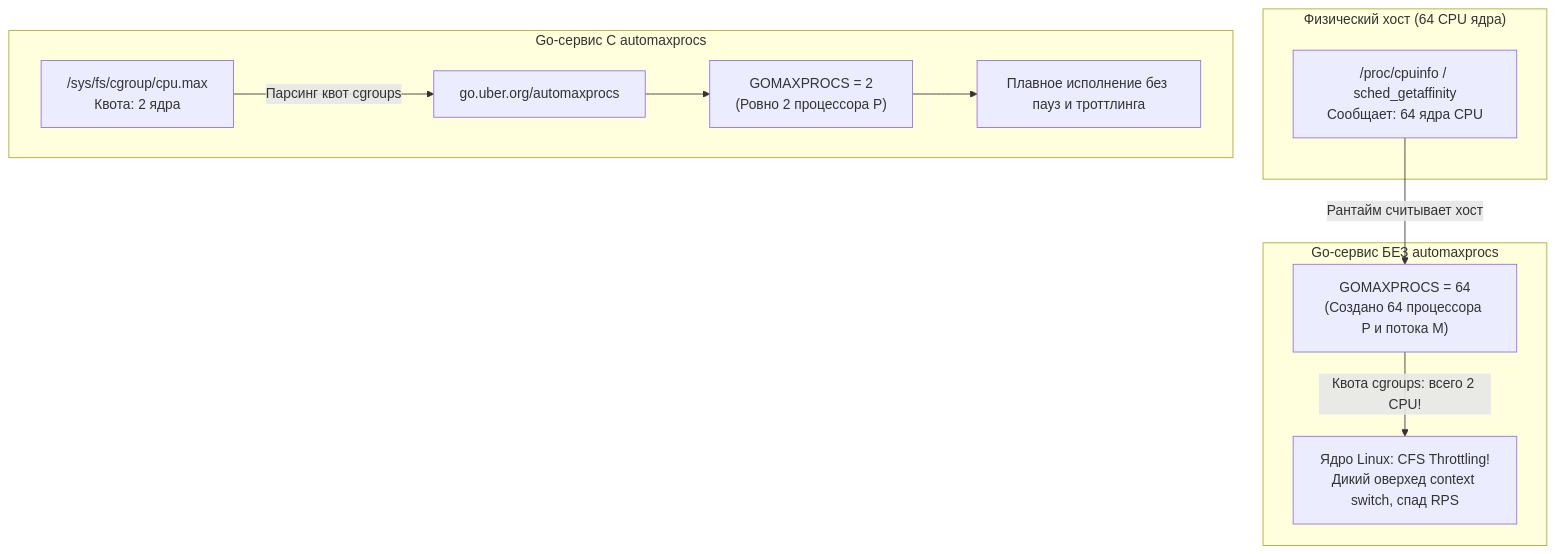
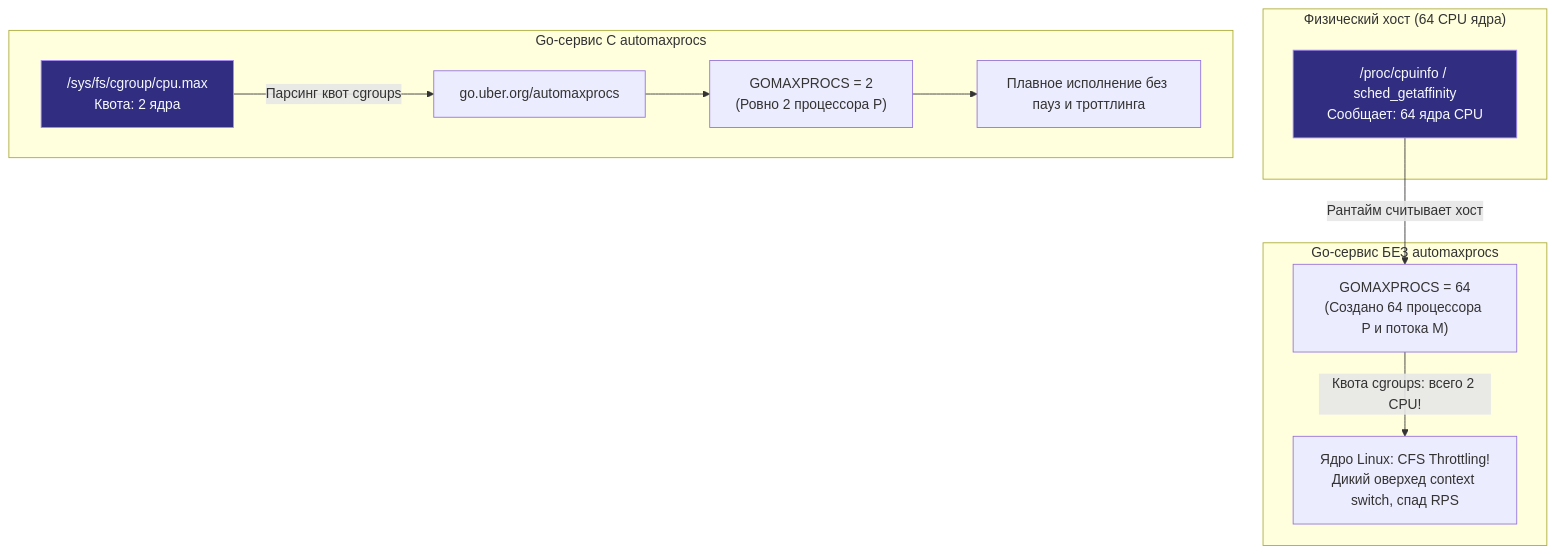
The third of 3 diagrams in sources/14. Распределенные системы на Go/07. Kubernetes и деплой/1. Контейнеризация и Docker.md (UnrealTemplier/go-textbook), drawn with Mermaid before and after one commit. The commit also changed other lines of this file and 1666 other files, not shown here.

First line of the commit message:
feat(mermaid): add semantic color classDef to 1369 colorless flowchart/graph diagrams

````diff
--- a/sources/14. Распределенные системы на Go/07. Kubernetes и деплой/1. Контейнеризация и Docker.md
+++ b/sources/14. Распределенные системы на Go/07. Kubernetes и деплой/1. Контейнеризация и Docker.md
@@ -166,17 +186,27 @@
 ```mermaid
 flowchart TD
+    classDef process  fill:#1e293b,stroke:#38bdf8,stroke-width:1px,color:#f8fafc
+    classDef success  fill:#064e3b,stroke:#34d399,stroke-width:1px,color:#f8fafc
+    classDef error    fill:#7f1d1d,stroke:#f87171,stroke-width:1px,color:#f8fafc
+    classDef warning  fill:#78350f,stroke:#fbbf24,stroke-width:1px,color:#f8fafc
+    classDef entry    fill:#1e3a5f,stroke:#38bdf8,stroke-width:2px,color:#f8fafc
+    classDef aux      fill:#334155,stroke:#64748b,stroke-width:1px,color:#f8fafc
+    classDef system   fill:#312e81,stroke:#a78bfa,stroke-width:1px,color:#f8fafc
+    classDef data     fill:#132d29,stroke:#2dd4bf,stroke-width:1px,color:#f8fafc
+    classDef network  fill:#881337,stroke:#fb7185,stroke-width:1px,color:#f8fafc
+    classDef accent   fill:#1e1b4b,stroke:#818cf8,stroke-width:1px,color:#f8fafc
     subgraph Host ["Физический хост (64 CPU ядра)"]
-        ProcInfo["/proc/cpuinfo / sched_getaffinity<br>Сообщает: 64 ядра CPU"]
+        ProcInfo["/proc/cpuinfo / sched_getaffinity<br>Сообщает: 64 ядра CPU"]:::system
     end
 
     subgraph ContainerBad ["Go-сервис БЕЗ automaxprocs"]
         ProcInfo -->|"Рантайм считывает хост"| Runtime1["GOMAXPROCS = 64<br>(Создано 64 процессора P и потока M)"]
         Runtime1 -->|"Квота cgroups: всего 2 CPU!"| Throttle["Ядро Linux: CFS Throttling!<br>Дикий оверхед context switch, спад RPS"]
     end
 
     subgraph ContainerGood ["Go-сервис С automaxprocs"]
-        Cgroup["/sys/fs/cgroup/cpu.max<br>Квота: 2 ядра"] -->|"Парсинг квот cgroups"| Auto["go.uber.org/automaxprocs"]
+        Cgroup["/sys/fs/cgroup/cpu.max<br>Квота: 2 ядра"]:::system -->|"Парсинг квот cgroups"| Auto["go.uber.org/automaxprocs"]
         Auto --> Runtime2["GOMAXPROCS = 2<br>(Ровно 2 процессора P)"]
         Runtime2 --> Fast["Плавное исполнение без пауз и троттлинга"]
     end
 ```
````
